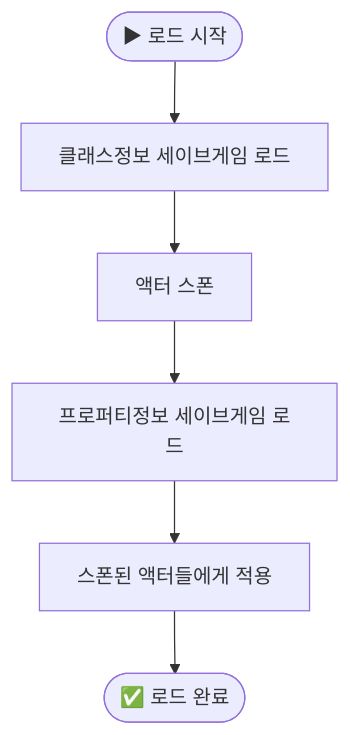
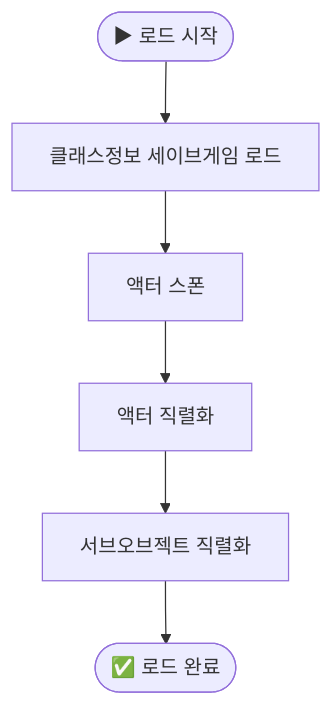
The sixth of 6 diagrams in _posts/UnrealProject/2025-06-28-SaveGame.md (antae714/antae714.github.io), drawn with Mermaid before and after one commit. The commit also changed other lines of this file and 4 other files, not shown here.

````diff
--- a/_posts/UnrealProject/2025-06-28-SaveGame.md
+++ b/_posts/UnrealProject/2025-06-28-SaveGame.md
@@ -222,8 +238,8 @@
 ```mermaid
 flowchart TD
   Start(["▶ 로드 시작"]) --> B[클래스정보 세이브게임 로드]
   B --> C[액터 스폰]
-  C --> D[프로퍼티정보 세이브게임 로드]
-  D --> E[스폰된 액터들에게 적용]
+  C --> D[액터 직렬화]
+  D --> E[서브오브젝트 직렬화]
   E --> End(["✅ 로드 완료"])
 ```
````
